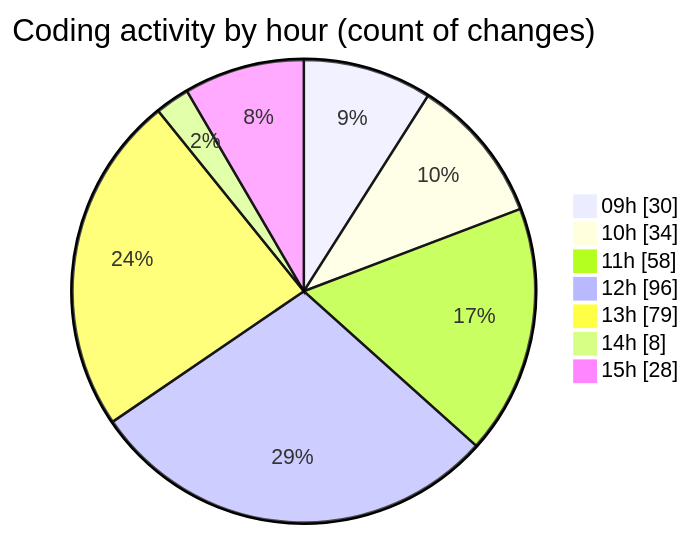
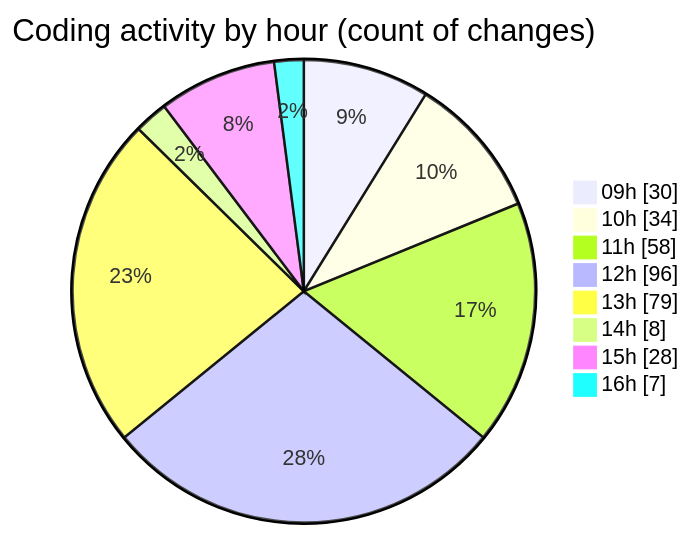
One commit to momahboobian/code-tracking changed the second of 2 diagrams in 2025-04-02/cda/README.md. Above: the diagram before and after it, drawn with Mermaid. The commit also changed other lines of this file and 1 other file, not shown here.

````diff
--- a/2025-04-02/cda/README.md
+++ b/2025-04-02/cda/README.md
@@ -38,11 +38,12 @@
 ```mermaid
 pie showData
 title Coding activity by hour (count of changes)
 "09h" : 30
 "10h" : 34
 "11h" : 58
 "12h" : 96
 "13h" : 79
 "14h" : 8
 "15h" : 28
+"16h" : 7
 ```
````
